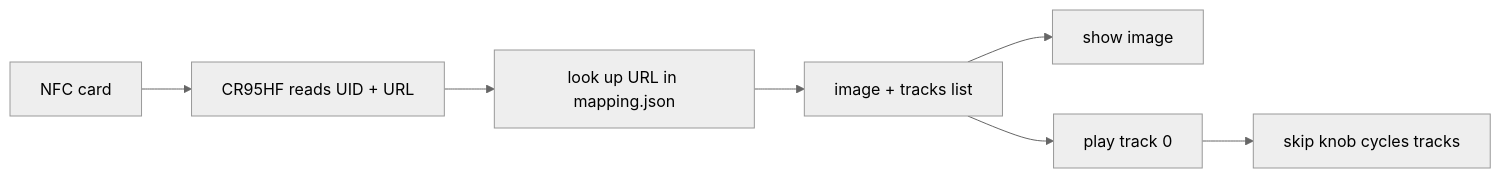
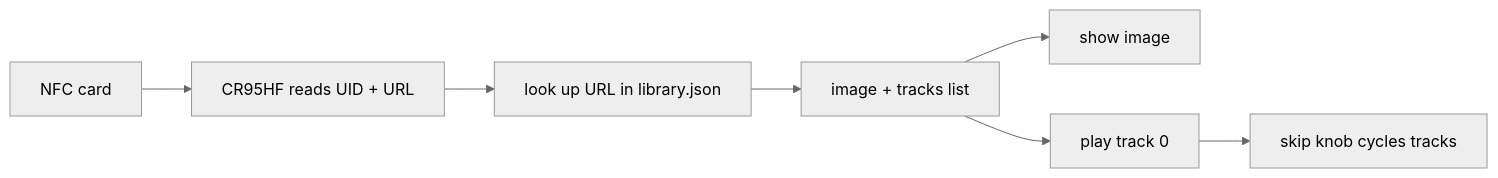
Before and after one commit to tensorfish/open-yoto: the second of 2 diagrams in docs/open-yoto-firmware.md, drawn with Mermaid (neutral theme). The commit also changed other lines of this file and 13 other files, not shown here.

````diff
--- a/docs/open-yoto-firmware.md
+++ b/docs/open-yoto-firmware.md
@@ -175,9 +187,9 @@
 ```mermaid
 flowchart LR
   A[NFC card] --> B[CR95HF reads UID + URL]
-  B --> C[look up URL in mapping.json]
+  B --> C[look up URL in library.json]
   C --> D[image + tracks list]
   D --> E[show image]
   D --> F[play track 0]
   F --> G[skip knob cycles tracks]
 ```
````
